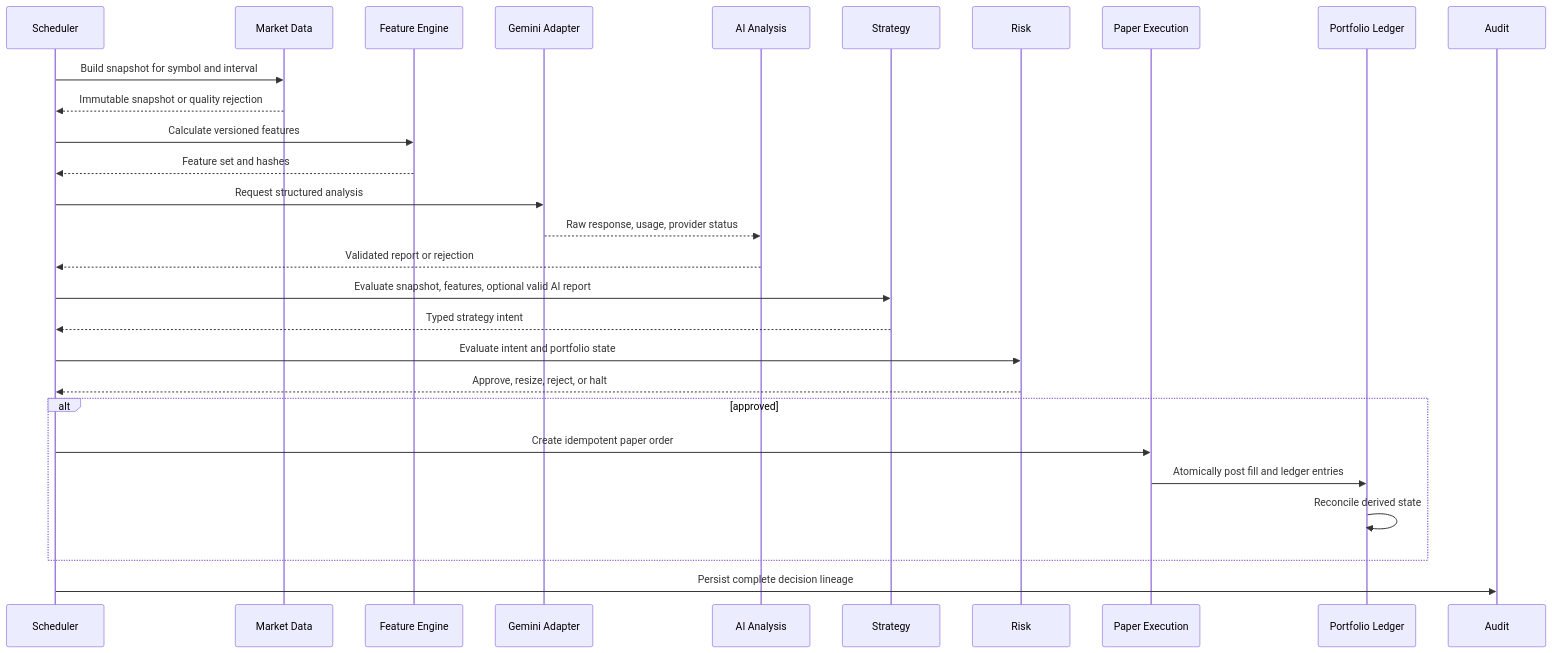
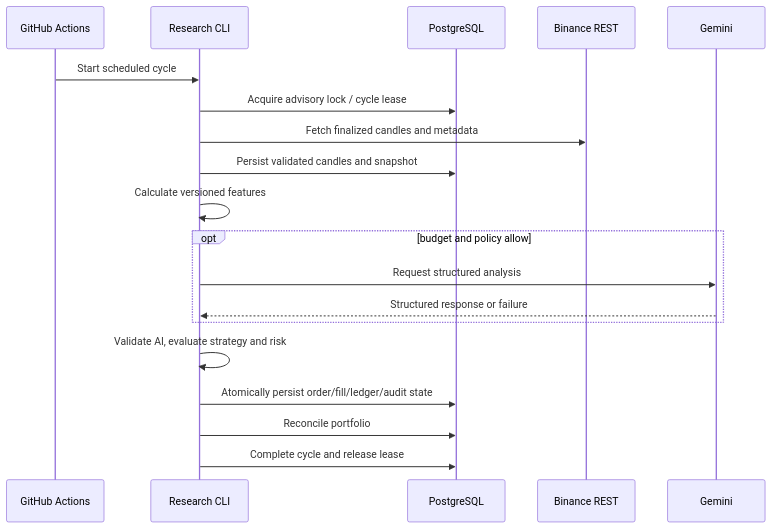
Before and after one commit to pikkst/Ai-trade-bot: the second of 2 diagrams in docs/ARCHITECTURE.md, drawn with Mermaid. The commit also changed other lines of this file, not shown here.

Commit message:
docs: align architecture with zero-cost cloud profile

````diff
--- a/docs/ARCHITECTURE.md
+++ b/docs/ARCHITECTURE.md
@@ -148,31 +76,22 @@
 ```mermaid
 sequenceDiagram
-    participant S as Scheduler
-    participant M as Market Data
-    participant F as Feature Engine
-    participant G as Gemini Adapter
-    participant A as AI Analysis
-    participant T as Strategy
-    participant R as Risk
-    participant E as Paper Execution
-    participant P as Portfolio Ledger
-    participant U as Audit
+    participant G as GitHub Actions
+    participant C as Research CLI
+    participant D as PostgreSQL
+    participant B as Binance REST
+    participant M as Gemini
 
-    S->>M: Build snapshot for symbol and interval
-    M-->>S: Immutable snapshot or quality rejection
-    S->>F: Calculate versioned features
-    F-->>S: Feature set and hashes
-    S->>G: Request structured analysis
-    G-->>A: Raw response, usage, provider status
-    A-->>S: Validated report or rejection
-    S->>T: Evaluate snapshot, features, optional valid AI report
-    T-->>S: Typed strategy intent
-    S->>R: Evaluate intent and portfolio state
-    R-->>S: Approve, resize, reject, or halt
-    alt approved
-        S->>E: Create idempotent paper order
-        E->>P: Atomically post fill and ledger entries
-        P->>P: Reconcile derived state
+    G->>C: Start scheduled cycle
+    C->>D: Acquire advisory lock / cycle lease
+    C->>B: Fetch finalized candles and metadata
+    C->>D: Persist validated candles and snapshot
+    C->>C: Calculate versioned features
+    opt budget and policy allow
+        C->>M: Request structured analysis
+        M-->>C: Structured response or failure
     end
-    S->>U: Persist complete decision lineage
+    C->>C: Validate AI, evaluate strategy and risk
+    C->>D: Atomically persist order/fill/ledger/audit state
+    C->>D: Reconcile portfolio
+    C->>D: Complete cycle and release lease
 ```
````
